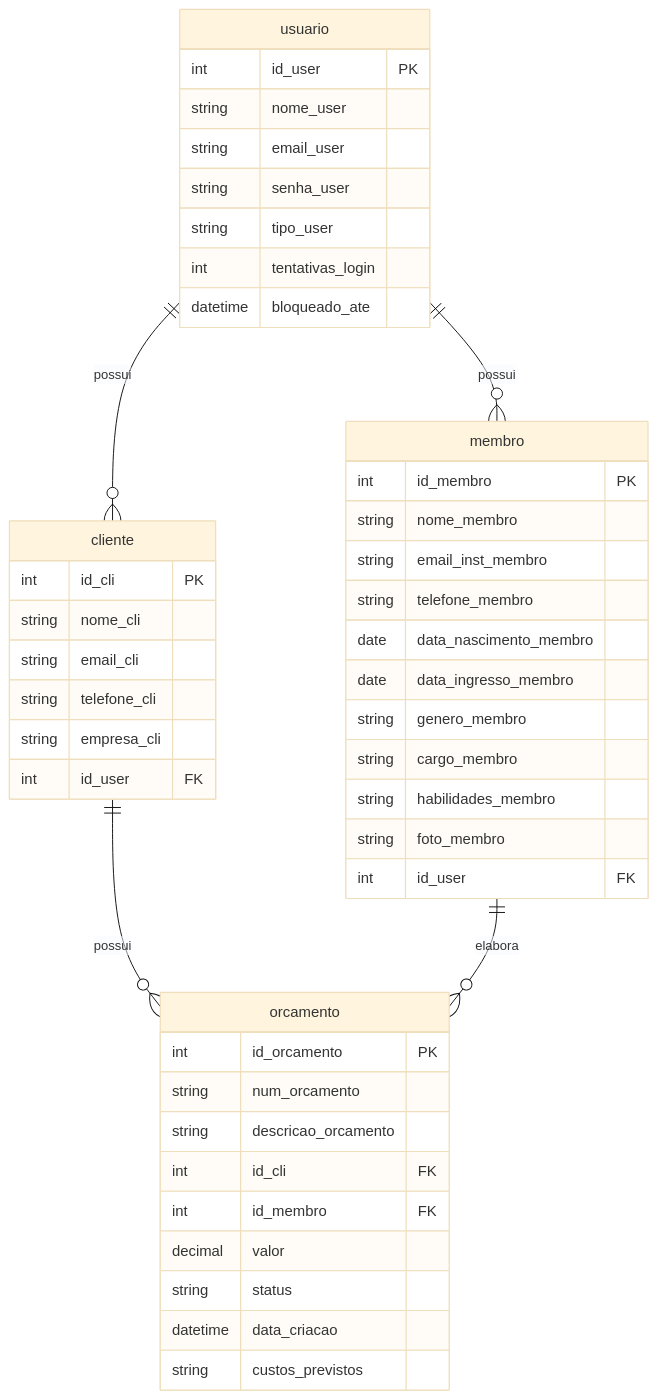
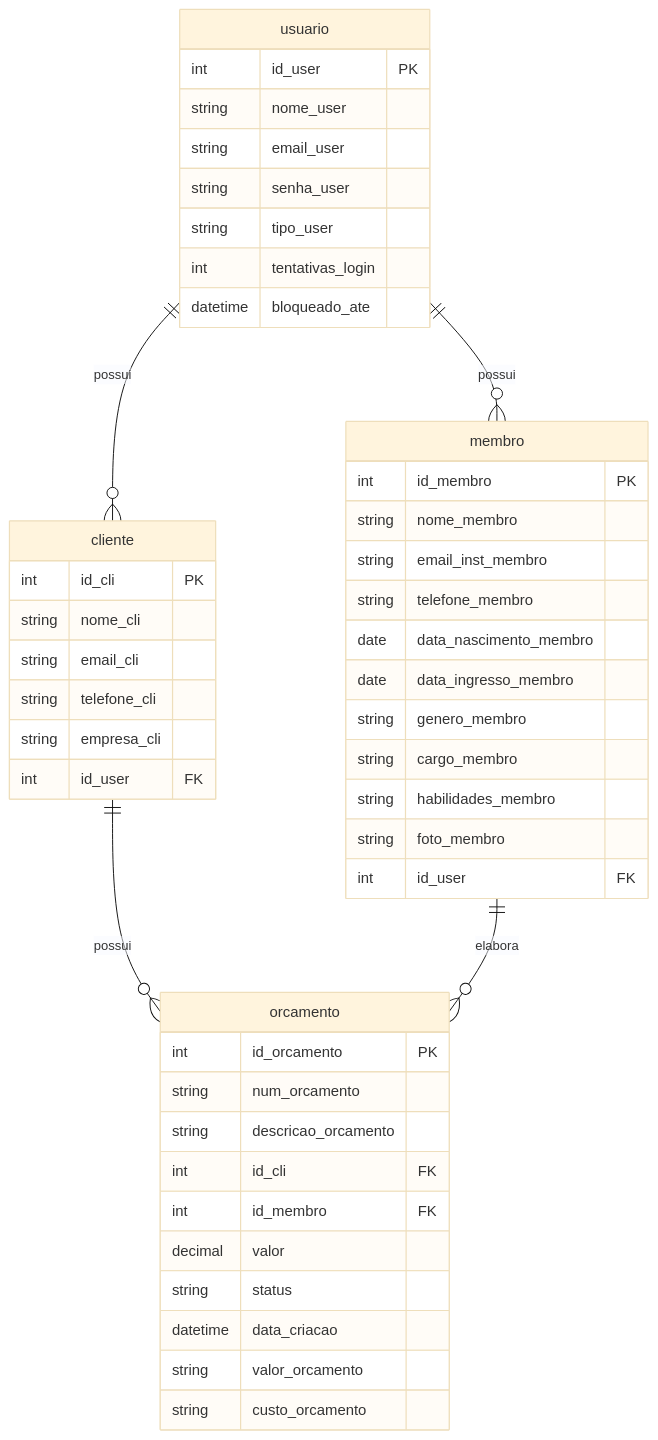
The diagram in README.md (mvk999/zeus-backend), drawn with Mermaid (base theme) before and after one commit.

````diff
--- a/README.md
+++ b/README.md
@@ -42,48 +42,49 @@
 ```mermaid
 erDiagram
     usuario {
         int id_user PK
         string nome_user
         string email_user
         string senha_user
         string tipo_user
         int tentativas_login
         datetime bloqueado_ate
     }
     membro {
         int id_membro PK
         string nome_membro
         string email_inst_membro
         string telefone_membro
         date data_nascimento_membro
         date data_ingresso_membro
         string genero_membro
         string cargo_membro
         string habilidades_membro
         string foto_membro
         int id_user FK
     }
     cliente {
         int id_cli PK
         string nome_cli
         string email_cli
         string telefone_cli
         string empresa_cli
         int id_user FK
     }
     orcamento {
         int id_orcamento PK
         string num_orcamento
         string descricao_orcamento
         int id_cli FK
         int id_membro FK
         decimal valor
         string status
         datetime data_criacao
-        string custos_previstos
+        string valor_orcamento
+        string custo_orcamento
     }
     usuario ||--o{ membro : possui
     usuario ||--o{ cliente : possui
     cliente ||--o{ orcamento : possui
     membro ||--o{ orcamento : elabora
 ```
````
